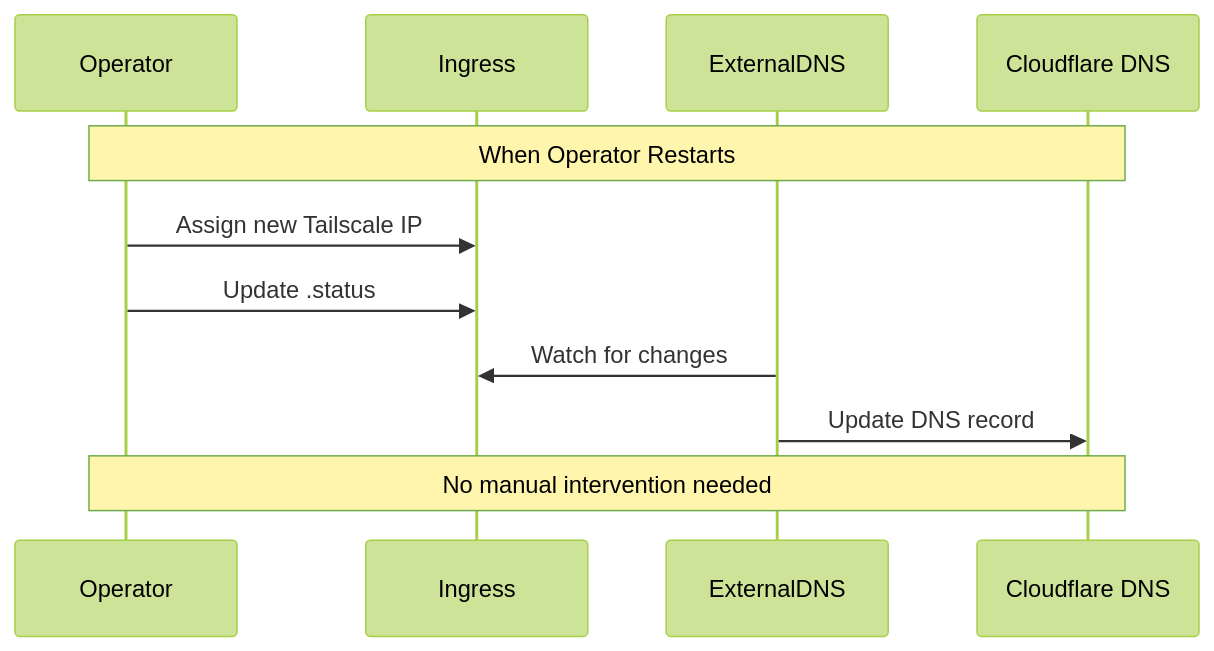
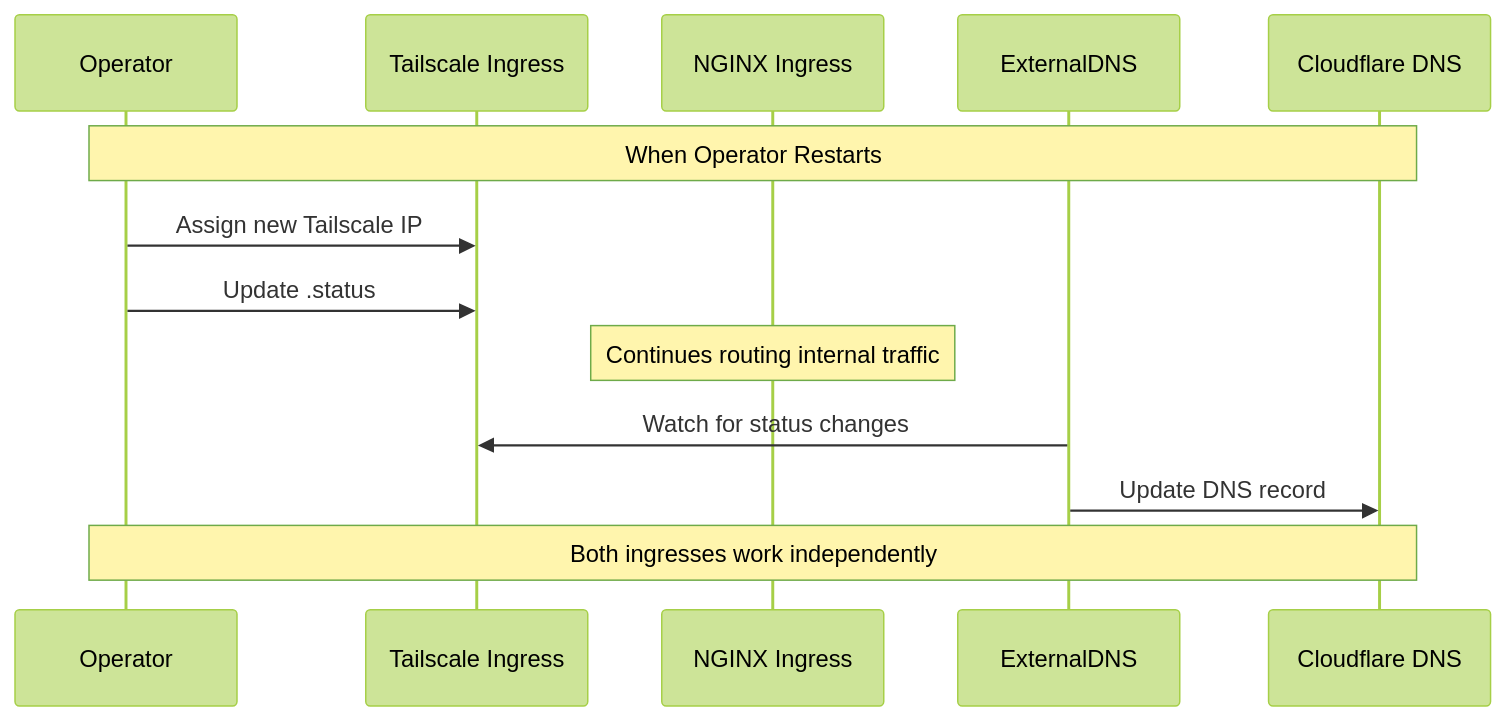
One commit to kpoxo6op/soyspray changed the second of 2 diagrams in soydocs/tailscale-ip-automation.md. Above: the diagram before and after it, drawn with Mermaid (forest theme). The commit also changed other lines of this file and 1 other file, not shown here.

````diff
--- a/soydocs/tailscale-ip-automation.md
+++ b/soydocs/tailscale-ip-automation.md
@@ -148,14 +190,16 @@
 ```mermaid
 sequenceDiagram
     participant O as Operator
-    participant I as Ingress
+    participant T as Tailscale Ingress
+    participant N as NGINX Ingress
     participant E as ExternalDNS
     participant C as Cloudflare DNS
 
     Note over O,C: When Operator Restarts
-    O->>I: Assign new Tailscale IP
-    O->>I: Update .status
-    E->>I: Watch for changes
+    O->>T: Assign new Tailscale IP
+    O->>T: Update .status
+    Note over N,N: Continues routing internal traffic
+    E->>T: Watch for status changes
     E->>C: Update DNS record
-    Note over O,C: No manual intervention needed
+    Note over O,C: Both ingresses work independently
 ```
````
